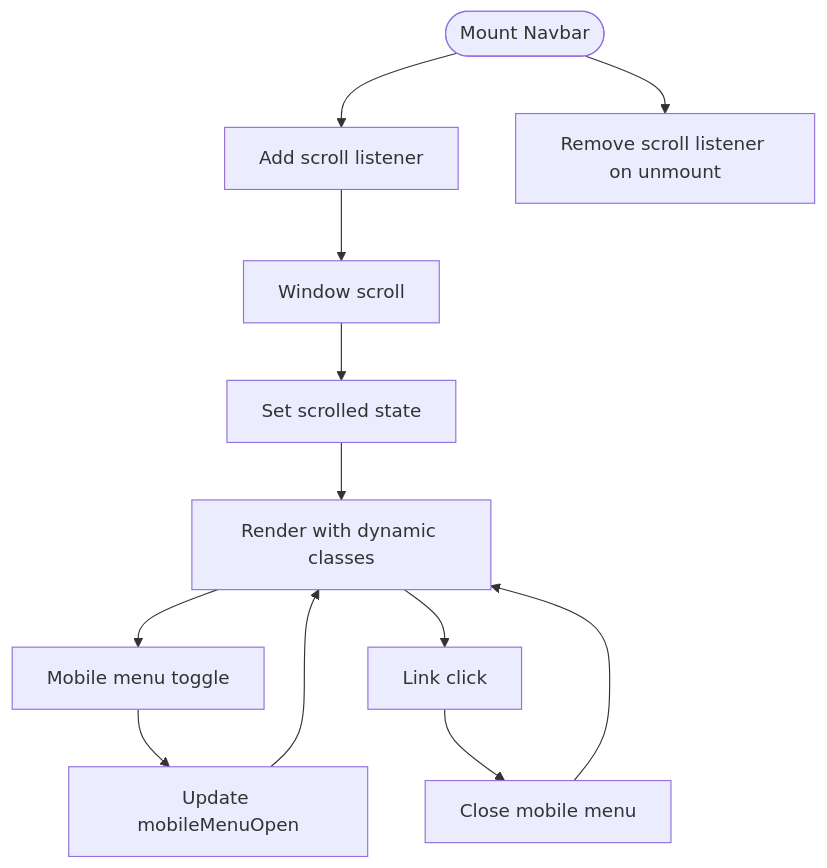
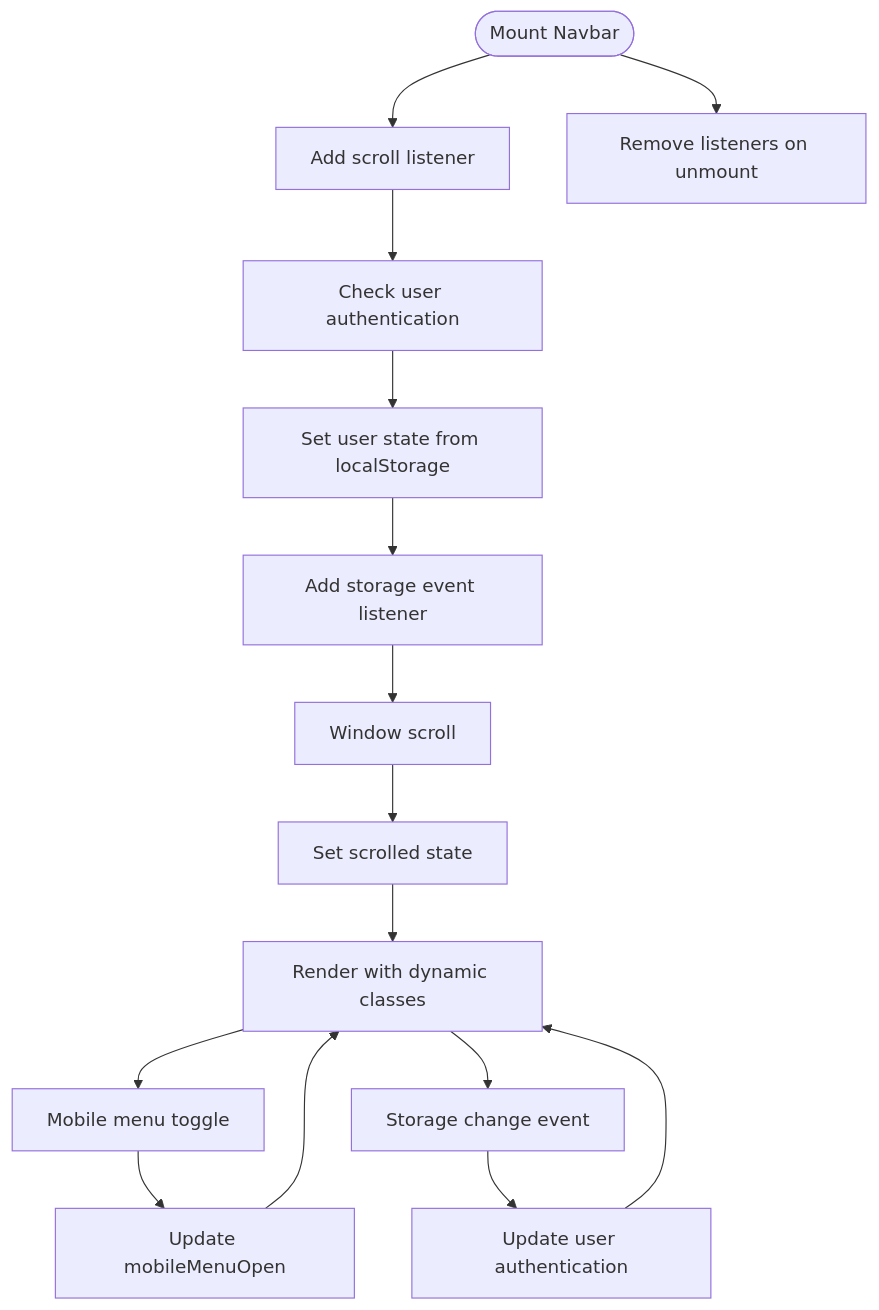
One commit to ganesh-NB/readsphere changed the fourth of 9 diagrams in .qoder/repowiki/en/content/Frontend Component Architecture/Frontend Component Architecture.md. Above: the diagram before and after it, drawn with Mermaid. The commit also changed other lines of this file and 46 other files, not shown here.

````diff
--- a/.qoder/repowiki/en/content/Frontend Component Architecture/Frontend Component Architecture.md
+++ b/.qoder/repowiki/en/content/Frontend Component Architecture/Frontend Component Architecture.md
@@ -218,14 +251,17 @@
 ```mermaid
 flowchart TD
 Start(["Mount Navbar"]) --> AddScroll["Add scroll listener"]
-AddScroll --> Scroll["Window scroll"]
+AddScroll --> CheckAuth["Check user authentication"]
+CheckAuth --> SetUser["Set user state from localStorage"]
+SetUser --> AddStorage["Add storage event listener"]
+AddStorage --> Scroll["Window scroll"]
 Scroll --> SetScrolled["Set scrolled state"]
 SetScrolled --> Render["Render with dynamic classes"]
 Render --> ToggleClick["Mobile menu toggle"]
 ToggleClick --> UpdateMenu["Update mobileMenuOpen"]
 UpdateMenu --> Render
-Render --> ClickLink["Link click"]
-ClickLink --> CloseMenu["Close mobile menu"]
-CloseMenu --> Render
-Start --> Cleanup["Remove scroll listener on unmount"]
+Render --> StorageChange["Storage change event"]
+StorageChange --> UpdateAuth["Update user authentication"]
+UpdateAuth --> Render
+Start --> Cleanup["Remove listeners on unmount"]
 ```
````
